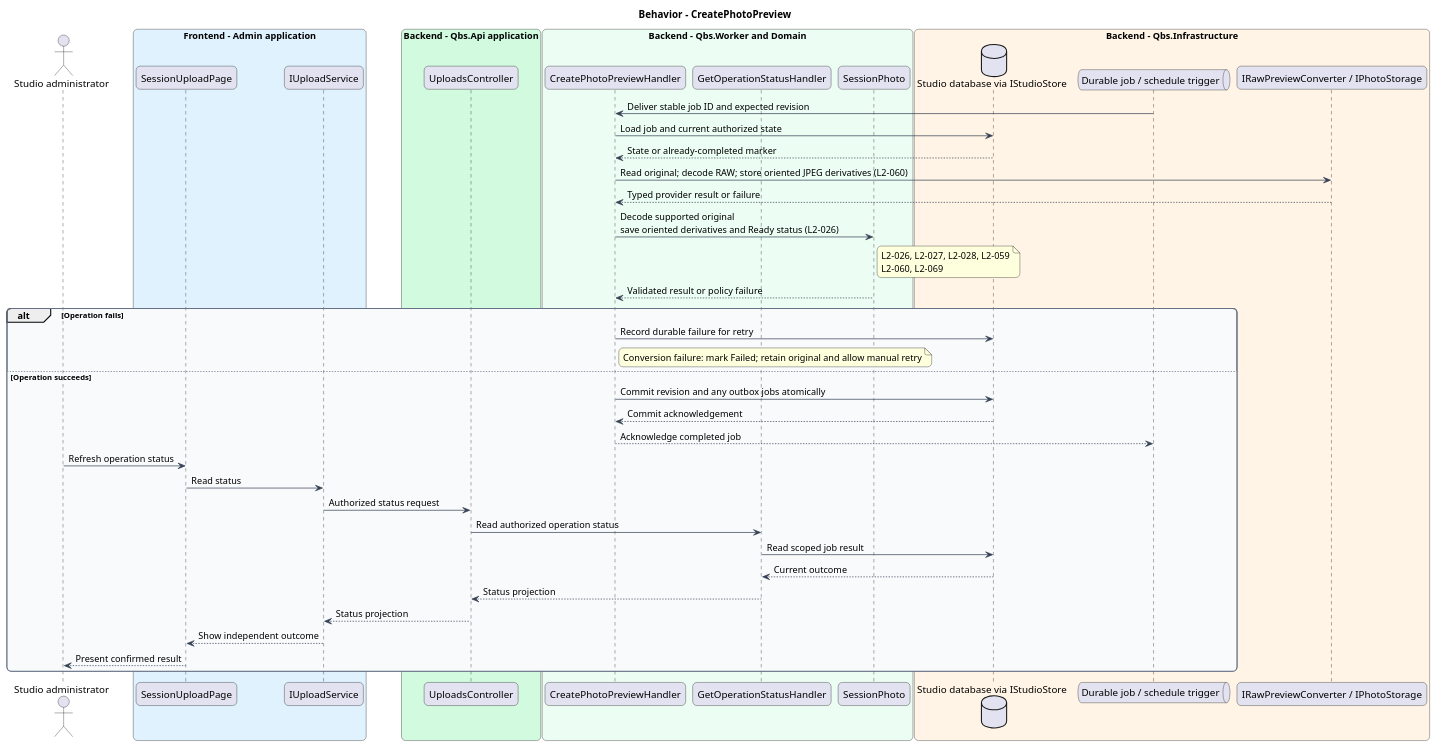
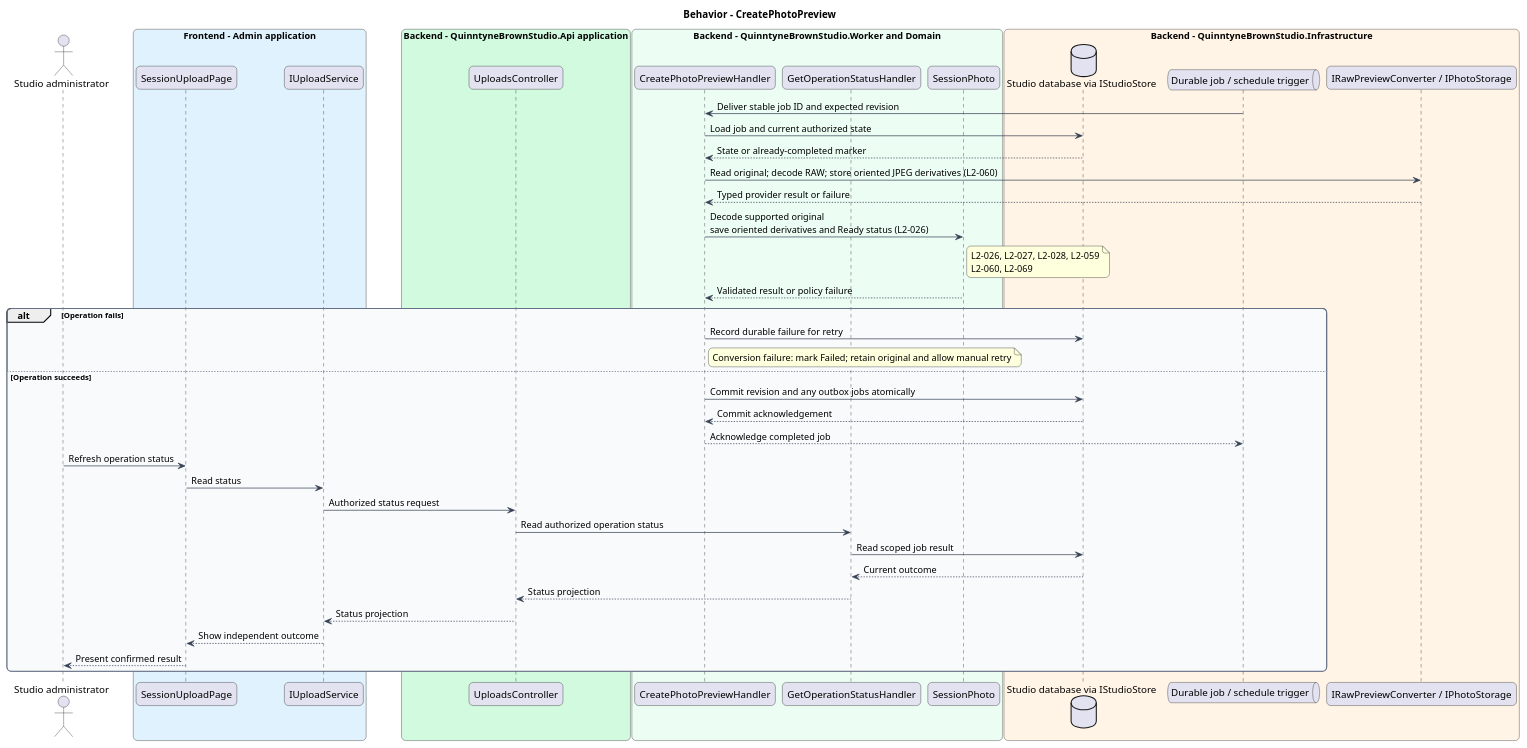
One commit to QuinntyneBrown/quinntyne-brown-studio changed the diagram in docs/detailed-designs/session-photos/upload-session-photos/diagrams/sequence-create-photo-preview.puml. Above: the diagram before and after it, drawn with PlantUML. The commit also changed 922 other files, not shown here.

```diff
--- a/docs/detailed-designs/session-photos/upload-session-photos/diagrams/sequence-create-photo-preview.puml
+++ b/docs/detailed-designs/session-photos/upload-session-photos/diagrams/sequence-create-photo-preview.puml
@@ -1,66 +1,66 @@
 @startuml
 skinparam backgroundColor #FFFFFF
 skinparam shadowing false
 skinparam roundcorner 12
 skinparam defaultFontName Arial
 skinparam ArrowColor #344054
 skinparam rectangle {
   BorderColor #344054
   FontColor #101828
 }
 skinparam package {
   BorderColor #667085
   FontColor #101828
   BackgroundColor #F9FAFB
 }
 title Behavior - CreatePhotoPreview
 actor "Studio administrator" as actor
 box "Frontend - Admin application" #E0F2FE
  participant "SessionUploadPage" as page
  participant "IUploadService" as client
 end box
-box "Backend - Qbs.Api application" #D1FADF
+box "Backend - QuinntyneBrownStudio.Api application" #D1FADF
  participant "UploadsController" as controller
 end box
-box "Backend - Qbs.Worker and Domain" #ECFDF3
+box "Backend - QuinntyneBrownStudio.Worker and Domain" #ECFDF3
  participant "CreatePhotoPreviewHandler" as handler
  participant "GetOperationStatusHandler" as status
  participant "SessionPhoto" as entity
 end box
-box "Backend - Qbs.Infrastructure" #FFF4E5
+box "Backend - QuinntyneBrownStudio.Infrastructure" #FFF4E5
  database "Studio database via IStudioStore" as db
  queue "Durable job / schedule trigger" as queue
  participant "IRawPreviewConverter / IPhotoStorage" as ext
 end box
 queue -> handler : Deliver stable job ID and expected revision
 handler -> db : Load job and current authorized state
 db --> handler : State or already-completed marker
 handler -> ext : Read original; decode RAW; store oriented JPEG derivatives (L2-060)
 ext --> handler : Typed provider result or failure
 handler -> entity : Decode supported original\nsave oriented derivatives and Ready status (L2-026)
 note right of entity
 L2-026, L2-027, L2-028, L2-059
 L2-060, L2-069
 end note
 entity --> handler : Validated result or policy failure
 alt Operation fails
 handler -> db : Record durable failure for retry
 note right of handler
 Conversion failure: mark Failed; retain original and allow manual retry
 end note
 else Operation succeeds
 handler -> db : Commit revision and any outbox jobs atomically
 db --> handler : Commit acknowledgement
 handler --> queue : Acknowledge completed job
 actor -> page : Refresh operation status
 page -> client : Read status
 client -> controller : Authorized status request
 controller -> status : Read authorized operation status
 status -> db : Read scoped job result
 db --> status : Current outcome
 status --> controller : Status projection
 controller --> client : Status projection
 client --> page : Show independent outcome
 page --> actor : Present confirmed result
 end
 @enduml
```
